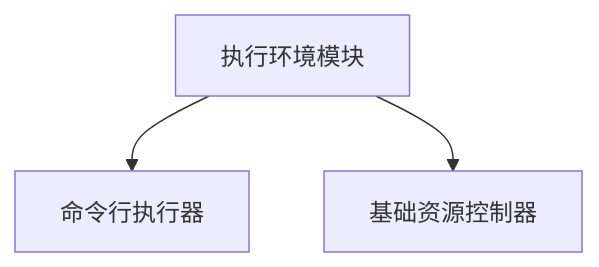
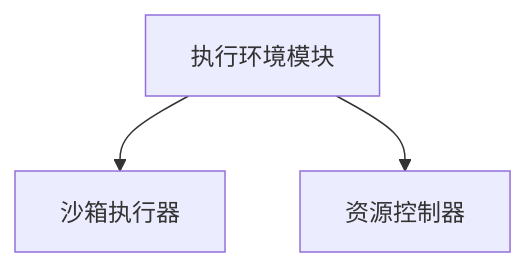
The first of 3 diagrams in docs/detailed_design/execution_environment_detailed_design.md (lengzhao/vm), drawn with Mermaid before and after one commit. The commit also changed other lines of this file and 11 other files, not shown here.

````diff
--- a/docs/detailed_design/execution_environment_detailed_design.md
+++ b/docs/detailed_design/execution_environment_detailed_design.md
@@ -25,5 +22,5 @@
 ```mermaid
 graph TD
-A[执行环境模块] --> B[命令行执行器]
-A --> C[基础资源控制器]
+A[执行环境模块] --> B[沙箱执行器]
+A --> C[资源控制器]
 ```
````
